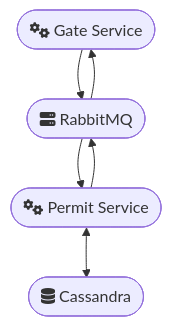
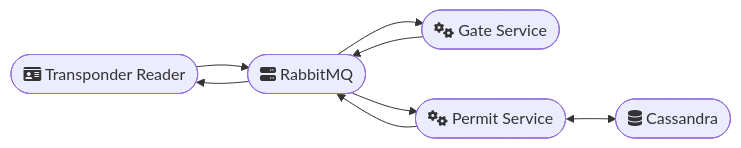
Before and after one commit to jingwenshi-dev/Microservice-Parking-System: the diagram in diagram/service-overview.mmd, drawn with Mermaid. The commit also changed 3 other files, not shown here.

Commit message:
Update diagrams

```diff
--- a/diagram/service-overview.mmd
+++ b/diagram/service-overview.mmd
@@ -1,9 +1,10 @@
-flowchart
+flowchart LR
+    Transponder([fa:fa-id-card Transponder Reader])
+    RabbitMQ([fa:fa-server RabbitMQ])
     GateService([fa:fa-cogs Gate Service])
-    RabbitMQ([fa:fa-server RabbitMQ ])
-
     PermitService([fa:fa-cogs Permit Service])
     Cassandra([fa:fa-database Cassandra])
-
-    GateService --> RabbitMQ --> GateService
-    PermitService --> RabbitMQ --> PermitService <--> Cassandra
+    Transponder --> RabbitMQ --> GateService
+    GateService --> RabbitMQ --> PermitService
+    PermitService --> RabbitMQ --> Transponder
+    PermitService <--> Cassandra
```
